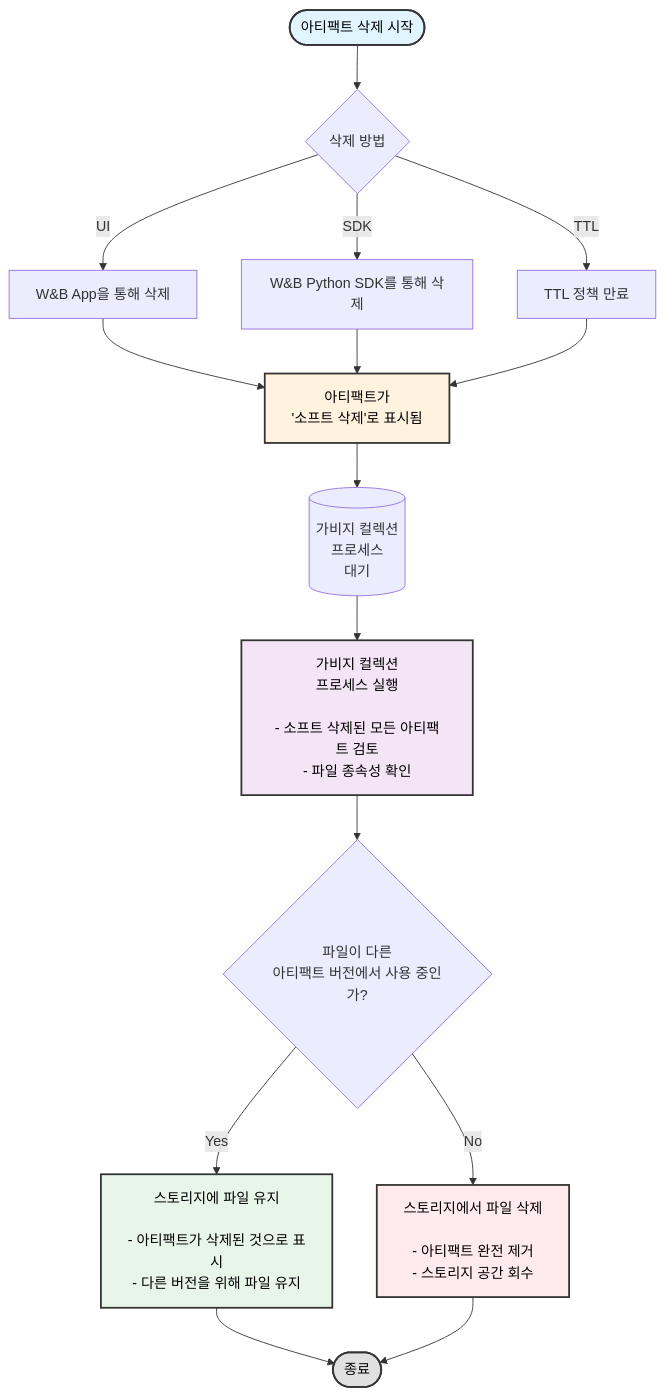
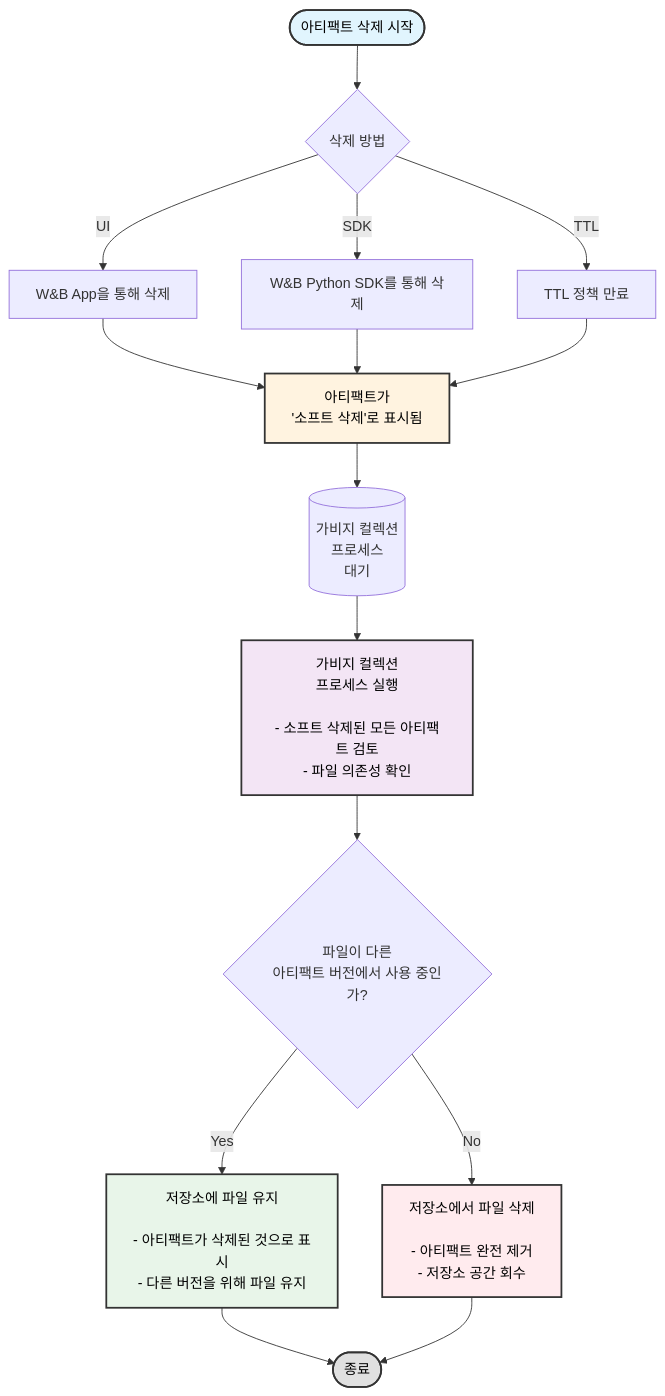
The diagram in ko/models/artifacts/delete-artifacts.mdx (wandb/docs), drawn with Mermaid before and after one commit. The commit also changed other lines of this file and 2655 other files, not shown here.

````diff
--- a/ko/models/artifacts/delete-artifacts.mdx
+++ b/ko/models/artifacts/delete-artifacts.mdx
@@ -16,31 +16,31 @@
 ```mermaid
 graph TB
     Start([아티팩트 삭제 시작]) --> DeleteMethod{삭제 방법}
     
     DeleteMethod -->|UI| UIDelete[W&B App을 통해 삭제]
     DeleteMethod -->|SDK| SDKDelete[W&B Python SDK를 통해 삭제]
     DeleteMethod -->|TTL| TTLDelete[TTL 정책 만료]
     
     UIDelete --> SoftDelete[아티팩트가<br/>'소프트 삭제'로 표시됨]
     SDKDelete --> SoftDelete
     TTLDelete --> SoftDelete
     
     SoftDelete --> GCWait[(가비지 컬렉션<br/>프로세스<br/>대기)]
     
-    GCWait --> GCRun[가비지 컬렉션<br/>프로세스 실행<br/><br/>- 소프트 삭제된 모든 아티팩트 검토<br/>- 파일 종속성 확인]
+    GCWait --> GCRun[가비지 컬렉션<br/>프로세스 실행<br/><br/>- 소프트 삭제된 모든 아티팩트 검토<br/>- 파일 의존성 확인]
     
     GCRun --> CheckUsage{파일이 다른<br/>아티팩트 버전에서 사용 중인가?}
     
-    CheckUsage -->|Yes| KeepFiles[스토리지에 파일 유지<br/><br/>- 아티팩트가 삭제된 것으로 표시<br/>- 다른 버전을 위해 파일 유지]
-    CheckUsage -->|No| DeleteFiles[스토리지에서 파일 삭제<br/><br/>- 아티팩트 완전 제거<br/>- 스토리지 공간 회수]
+    CheckUsage -->|Yes| KeepFiles[저장소에 파일 유지<br/><br/>- 아티팩트가 삭제된 것으로 표시<br/>- 다른 버전을 위해 파일 유지]
+    CheckUsage -->|No| DeleteFiles[저장소에서 파일 삭제<br/><br/>- 아티팩트 완전 제거<br/>- 저장소 공간 회수]
     
     KeepFiles --> End([종료])
     DeleteFiles --> End
     
     style Start fill:#e1f5fe,stroke:#333,stroke-width:2px,color:#000
     style SoftDelete fill:#fff3e0,stroke:#333,stroke-width:2px,color:#000
     style GCRun fill:#f3e5f5,stroke:#333,stroke-width:2px,color:#000
     style KeepFiles fill:#e8f5e9,stroke:#333,stroke-width:2px,color:#000
     style DeleteFiles fill:#ffebee,stroke:#333,stroke-width:2px,color:#000
     style End fill:#e0e0e0,stroke:#333,stroke-width:2px,color:#000
 ```
````
